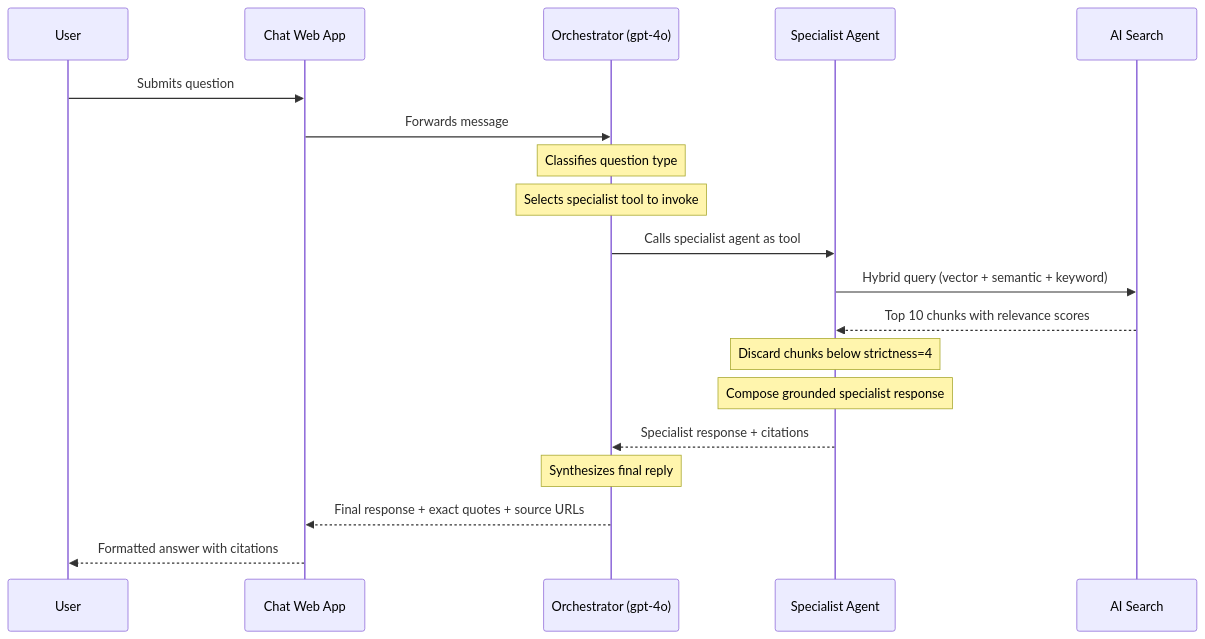
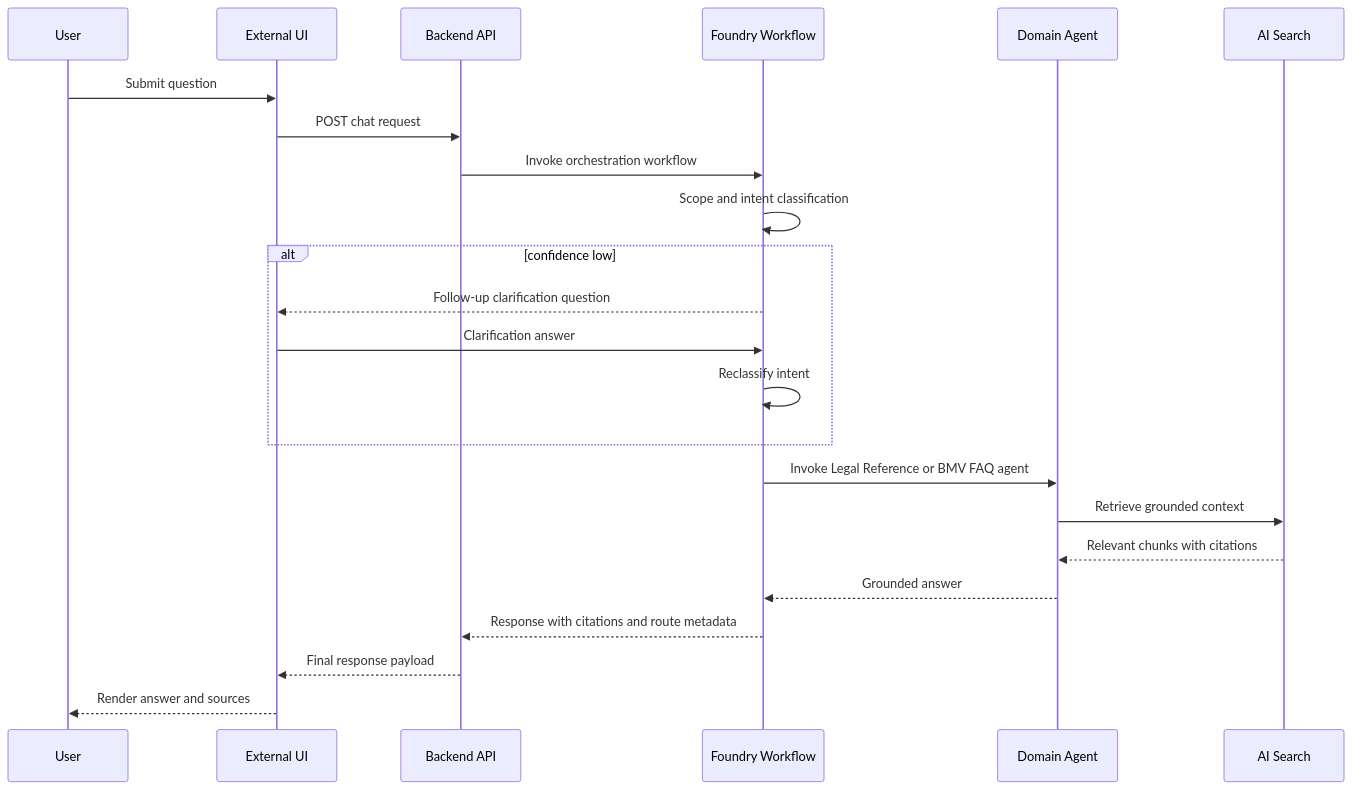
The second of 2 diagrams in docs/architecture.md (ricardo-msft-SE/policybot1), drawn with Mermaid before and after one commit. The commit also changed other lines of this file and 4 other files, not shown here.

Commit message:
docs: adopt backend-api workflow architecture and clarification routing

````diff
--- a/docs/architecture.md
+++ b/docs/architecture.md
@@ -126,26 +139,28 @@
 ```mermaid
 sequenceDiagram
     participant User
-    participant WebApp as Chat Web App
-    participant Orch as Orchestrator (gpt-4o)
-    participant Specialist as Specialist Agent
-    participant Search as AI Search
+        participant UI as External UI
+        participant API as Backend API
+        participant WF as Foundry Workflow
+        participant AG as Domain Agent
+        participant Search as AI Search
 
-    User->>WebApp: Submits question
-    WebApp->>Orch: Forwards message
+        User->>UI: Submit question
+        UI->>API: POST chat request
+        API->>WF: Invoke orchestration workflow
+        WF->>WF: Scope and intent classification
 
-    Note over Orch: Classifies question type
-    Note over Orch: Selects specialist tool to invoke
+        alt confidence low
+            WF-->>UI: Follow-up clarification question
+            UI->>WF: Clarification answer
+            WF->>WF: Reclassify intent
+        end
 
-    Orch->>Specialist: Calls specialist agent as tool
-    Specialist->>Search: Hybrid query (vector + semantic + keyword)
-    Search-->>Specialist: Top 10 chunks with relevance scores
-
-    Note over Specialist: Discard chunks below strictness=4
-    Note over Specialist: Compose grounded specialist response
-
-    Specialist-->>Orch: Specialist response + citations
-    Note over Orch: Synthesizes final reply
-    Orch-->>WebApp: Final response + exact quotes + source URLs
-    WebApp-->>User: Formatted answer with citations
+        WF->>AG: Invoke Legal Reference or BMV FAQ agent
+        AG->>Search: Retrieve grounded context
+        Search-->>AG: Relevant chunks with citations
+        AG-->>WF: Grounded answer
+        WF-->>API: Response with citations and route metadata
+        API-->>UI: Final response payload
+        UI-->>User: Render answer and sources
 ```
````
